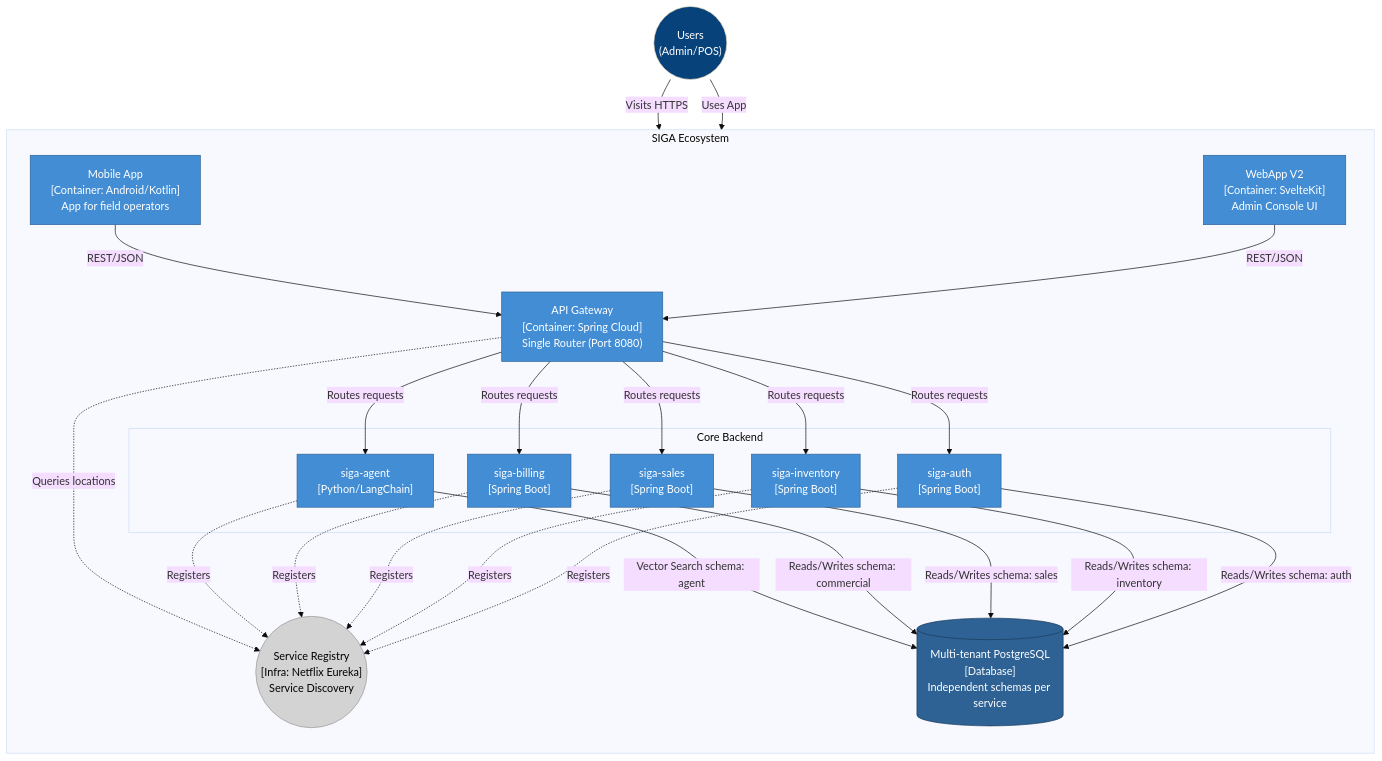
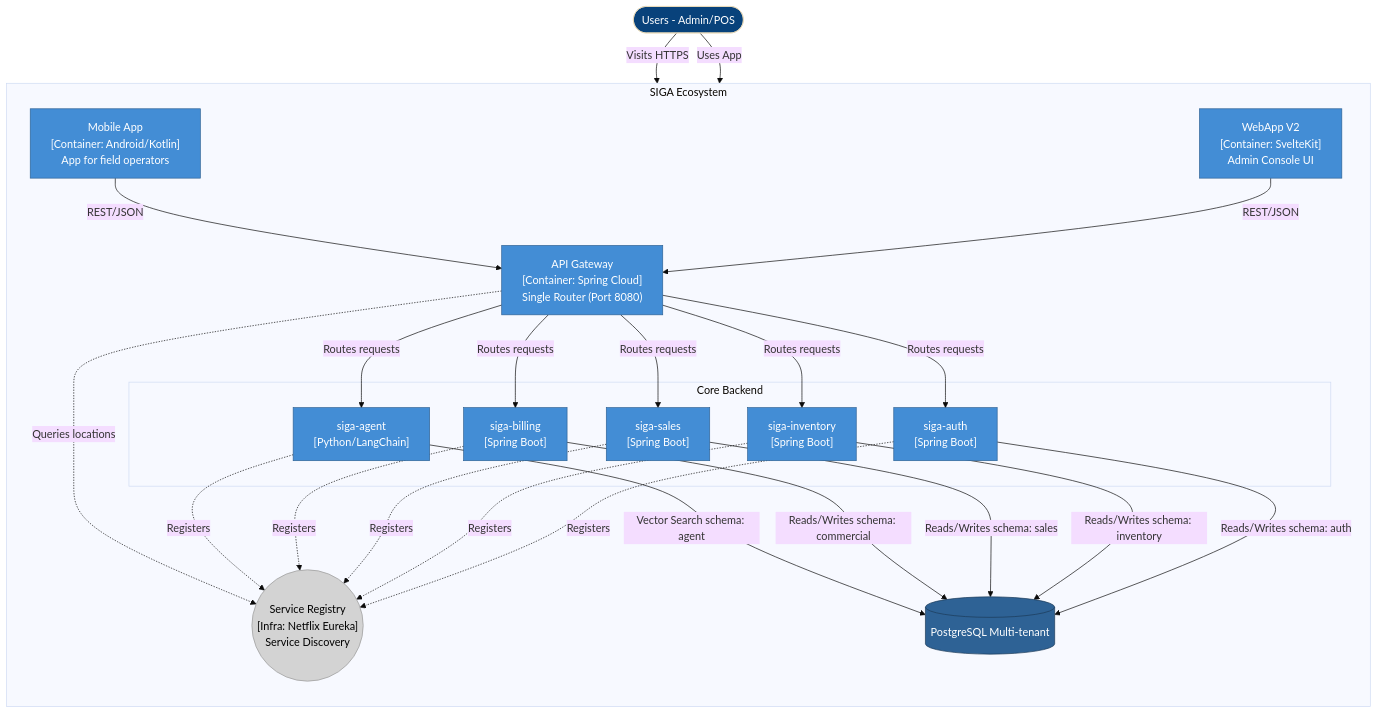
One commit to HecAguilaV/SIGA changed the second of 2 diagrams in docs/en/architecture/C4_MODEL.md. Above: the diagram before and after it, drawn with Mermaid (base theme). The commit also changed 19 other files, not shown here.

````diff
--- a/docs/en/architecture/C4_MODEL.md
+++ b/docs/en/architecture/C4_MODEL.md
@@ -56,66 +56,66 @@
 ```mermaid
 flowchart TB
     %% Styles
     classDef actor fill:#08427b,color:#fff
     classDef container fill:#438dd5,stroke:#2e6295,color:#fff
     classDef db fill:#2e6295,stroke:#1b3a58,color:#fff
     classDef infrastructure fill:#d3d3d3,stroke:#999999,color:#000
 
-    User(("Users<br>(Admin/POS)")):::actor
+    User(["Users - Admin/POS"]):::actor
     
     subgraph SIGA_System [SIGA Ecosystem]
         direction TB
         
         %% Client Applications
         WebApp["WebApp V2<br>[Container: SvelteKit]<br>Admin Console UI"]:::container
         MobileApp["Mobile App<br>[Container: Android/Kotlin]<br>App for field operators"]:::container
         
         %% Entry point
         Gateway["API Gateway<br>[Container: Spring Cloud]<br>Single Router (Port 8080)"]:::container
         
         %% Orchestration
         Eureka(("Service Registry<br>[Infra: Netflix Eureka]<br>Service Discovery")):::infrastructure
         
         %% Microservices
         subgraph Microservicios [Core Backend]
             Auth["siga-auth<br>[Spring Boot]"]:::container
             Inv["siga-inventory<br>[Spring Boot]"]:::container
             Sales["siga-sales<br>[Spring Boot]"]:::container
             Bill["siga-billing<br>[Spring Boot]"]:::container
             Agent["siga-agent<br>[Python/LangChain]"]:::container
         end
         
         %% Database
-        DB[("Multi-tenant PostgreSQL<br>[Database]<br>Independent schemas per service")]:::db
+        DB[(PostgreSQL Multi-tenant)]:::db
     end
     
     %% User Interactions
     User -->|Visits HTTPS| WebApp
     User -->|Uses App| MobileApp
     
     %% To Backend
     WebApp -->|REST/JSON| Gateway
     MobileApp -->|REST/JSON| Gateway
     
     %% Routing
     Gateway -->|Routes requests| Auth
     Gateway -->|Routes requests| Inv
     Gateway -->|Routes requests| Sales
     Gateway -->|Routes requests| Bill
     Gateway -->|Routes requests| Agent
     
     %% Discovery
     Auth -.->|Registers| Eureka
     Inv -.->|Registers| Eureka
     Sales -.->|Registers| Eureka
     Bill -.->|Registers| Eureka
     Agent -.->|Registers| Eureka
     Gateway -.->|Queries locations| Eureka
     
     %% Persistence
     Auth -->|Reads/Writes schema: auth| DB
     Inv -->|Reads/Writes schema: inventory| DB
     Sales -->|Reads/Writes schema: sales| DB
     Bill -->|Reads/Writes schema: commercial| DB
     Agent -->|Vector Search schema: agent| DB
 ```
````
